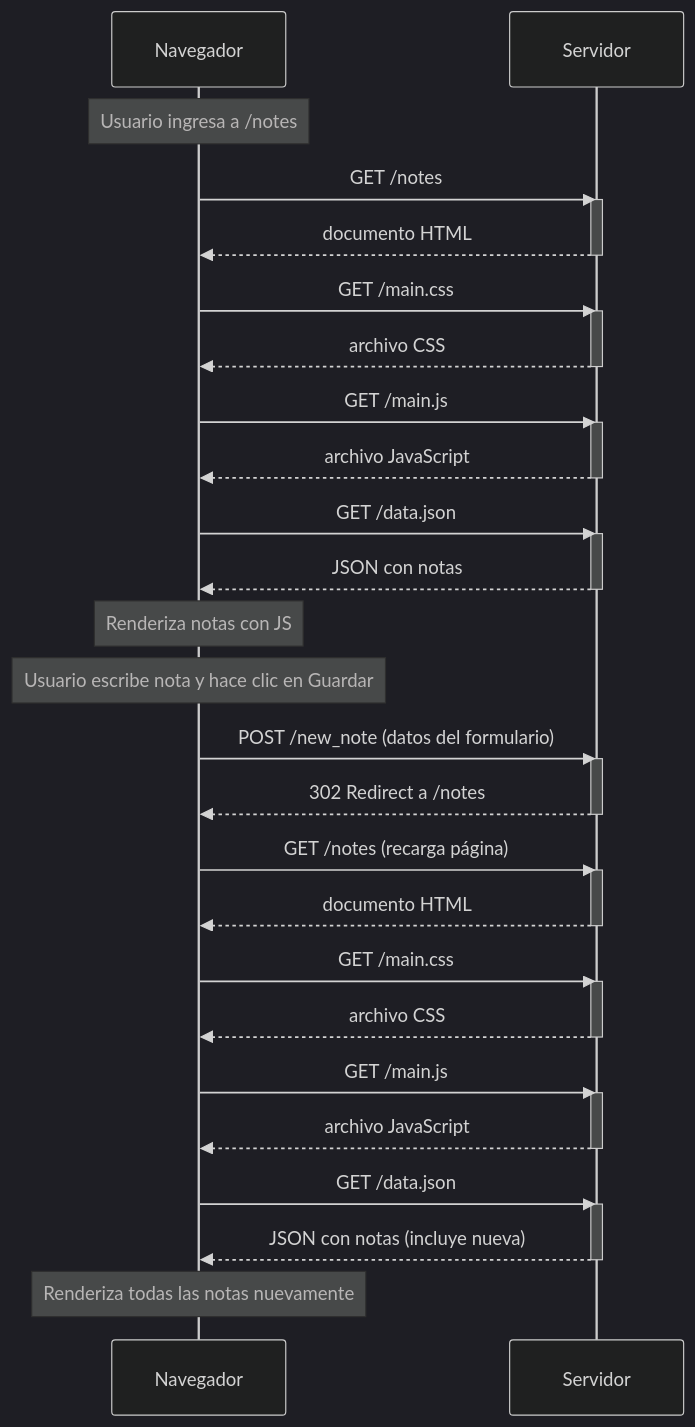
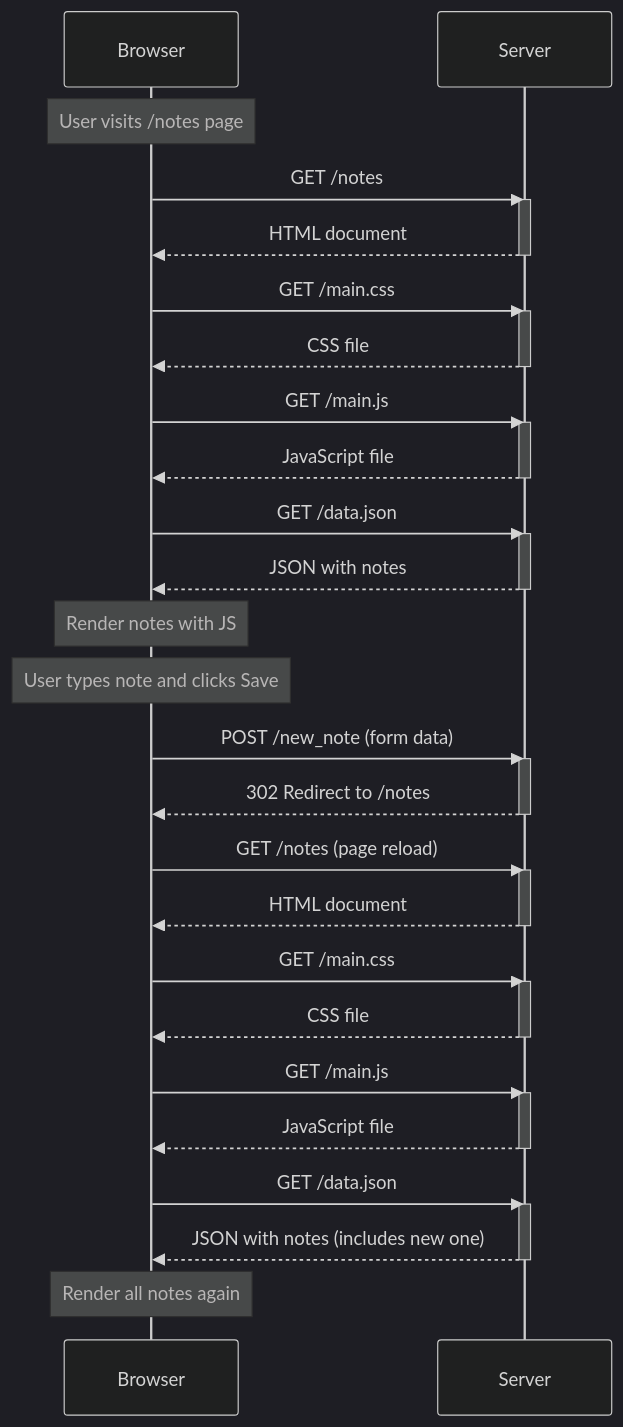
Before and after one commit to brujo-rojas/fullstackopen-open: the diagram in part0/0.4-new-note.mmd, drawn with Mermaid (dark theme). The commit also changed 2 other files, not shown here.

Commit message:
fix(part0): translate diagrams to english

```diff
--- a/part0/0.4-new-note.mmd
+++ b/part0/0.4-new-note.mmd
@@ -1,54 +1,54 @@
 sequenceDiagram
-    participant Navegador
-    participant Servidor
+    participant Browser
+    participant Server
 
-    Note over Navegador: Usuario ingresa a /notes
-    Navegador->>Servidor: GET /notes
-    activate Servidor
-    Servidor-->>Navegador: documento HTML
-    deactivate Servidor
+    Note over Browser: User visits /notes page
+    Browser->>Server: GET /notes
+    activate Server
+    Server-->>Browser: HTML document
+    deactivate Server
 
-    Navegador->>Servidor: GET /main.css
-    activate Servidor
-    Servidor-->>Navegador: archivo CSS
-    deactivate Servidor
+    Browser->>Server: GET /main.css
+    activate Server
+    Server-->>Browser: CSS file
+    deactivate Server
 
-    Navegador->>Servidor: GET /main.js
-    activate Servidor
-    Servidor-->>Navegador: archivo JavaScript
-    deactivate Servidor
+    Browser->>Server: GET /main.js
+    activate Server
+    Server-->>Browser: JavaScript file
+    deactivate Server
 
-    Navegador->>Servidor: GET /data.json
-    activate Servidor
-    Servidor-->>Navegador: JSON con notas
-    deactivate Servidor
+    Browser->>Server: GET /data.json
+    activate Server
+    Server-->>Browser: JSON with notes
+    deactivate Server
 
-    Note over Navegador: Renderiza notas con JS
+    Note over Browser: Render notes with JS
 
-    Note over Navegador: Usuario escribe nota y hace clic en Guardar
-    Navegador->>Servidor: POST /new_note (datos del formulario)
-    activate Servidor
-    Servidor-->>Navegador: 302 Redirect a /notes
-    deactivate Servidor
+    Note over Browser: User types note and clicks Save
+    Browser->>Server: POST /new_note (form data)
+    activate Server
+    Server-->>Browser: 302 Redirect to /notes
+    deactivate Server
 
-    Navegador->>Servidor: GET /notes (recarga página)
-    activate Servidor
-    Servidor-->>Navegador: documento HTML
-    deactivate Servidor
+    Browser->>Server: GET /notes (page reload)
+    activate Server
+    Server-->>Browser: HTML document
+    deactivate Server
 
-    Navegador->>Servidor: GET /main.css
-    activate Servidor
-    Servidor-->>Navegador: archivo CSS
-    deactivate Servidor
+    Browser->>Server: GET /main.css
+    activate Server
+    Server-->>Browser: CSS file
+    deactivate Server
 
-    Navegador->>Servidor: GET /main.js
-    activate Servidor
-    Servidor-->>Navegador: archivo JavaScript
-    deactivate Servidor
+    Browser->>Server: GET /main.js
+    activate Server
+    Server-->>Browser: JavaScript file
+    deactivate Server
 
-    Navegador->>Servidor: GET /data.json
-    activate Servidor
-    Servidor-->>Navegador: JSON con notas (incluye nueva)
-    deactivate Servidor
+    Browser->>Server: GET /data.json
+    activate Server
+    Server-->>Browser: JSON with notes (includes new one)
+    deactivate Server
 
-    Note over Navegador: Renderiza todas las notas nuevamente
+    Note over Browser: Render all notes again
```
